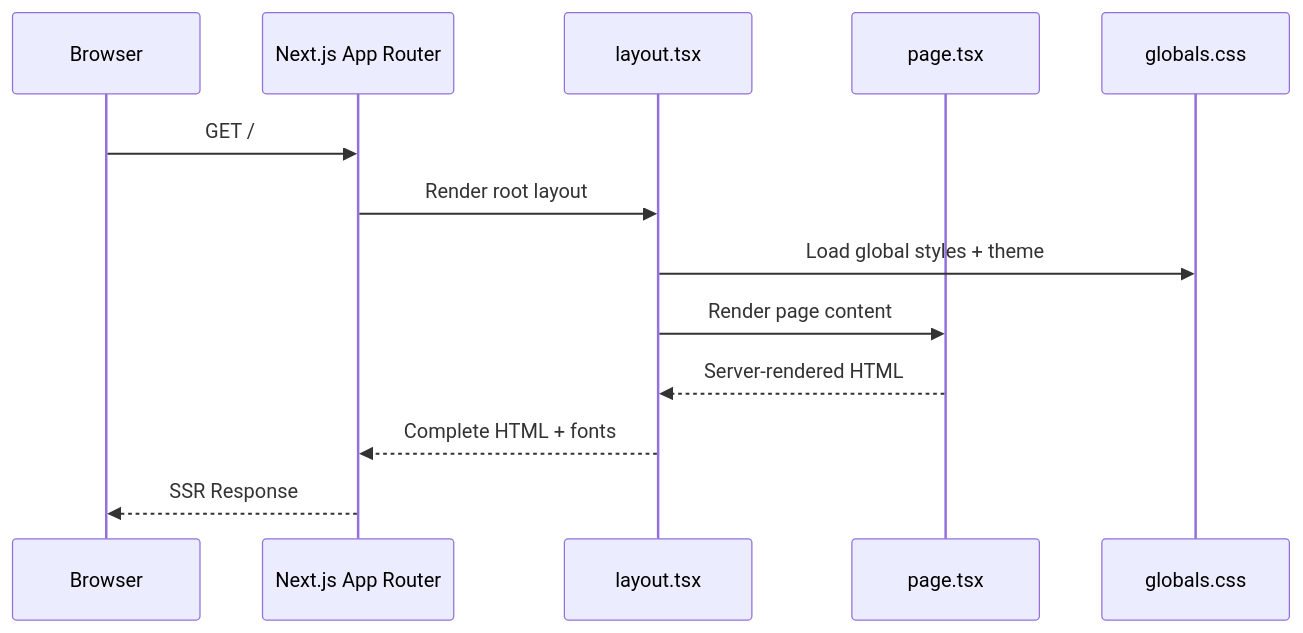
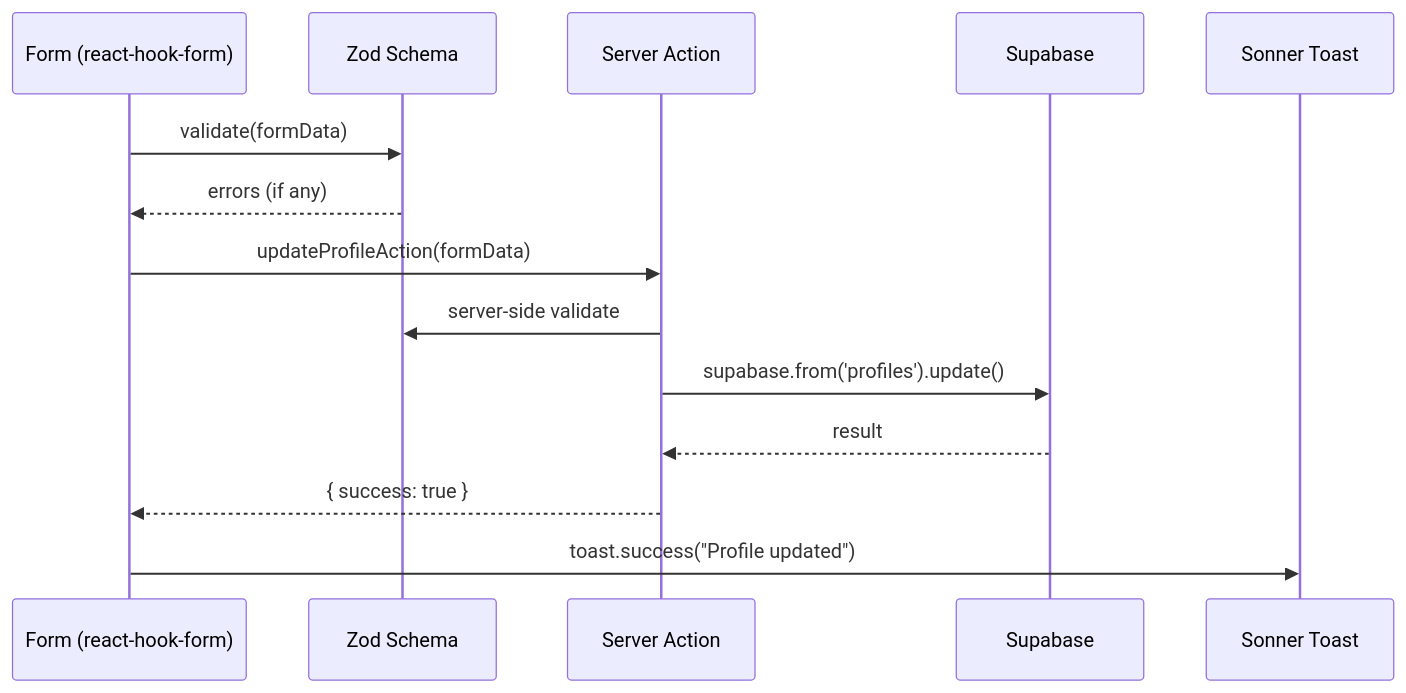
One commit to renanlopesp/the-greater-automation changed the fourth of 4 diagrams in docs/CODEBASE_MAP.md. Above: the diagram before and after it, drawn with Mermaid. The commit also changed other lines of this file and 112 other files, not shown here.

````diff
--- a/docs/CODEBASE_MAP.md
+++ b/docs/CODEBASE_MAP.md
@@ -153,16 +655,17 @@
 ```mermaid
 sequenceDiagram
-    participant Browser
-    participant NextRouter as Next.js App Router
-    participant Layout as layout.tsx
-    participant Page as page.tsx
-    participant CSS as globals.css
+    participant F as Form (react-hook-form)
+    participant Z as Zod Schema
+    participant SA as Server Action
+    participant SB as Supabase
+    participant T as Sonner Toast
 
-    Browser->>NextRouter: GET /
-    NextRouter->>Layout: Render root layout
-    Layout->>CSS: Load global styles + theme
-    Layout->>Page: Render page content
-    Page-->>Layout: Server-rendered HTML
-    Layout-->>NextRouter: Complete HTML + fonts
-    NextRouter-->>Browser: SSR Response
+    F->>Z: validate(formData)
+    Z-->>F: errors (if any)
+    F->>SA: updateProfileAction(formData)
+    SA->>Z: server-side validate
+    SA->>SB: supabase.from('profiles').update()
+    SB-->>SA: result
+    SA-->>F: { success: true }
+    F->>T: toast.success("Profile updated")
 ```
````
